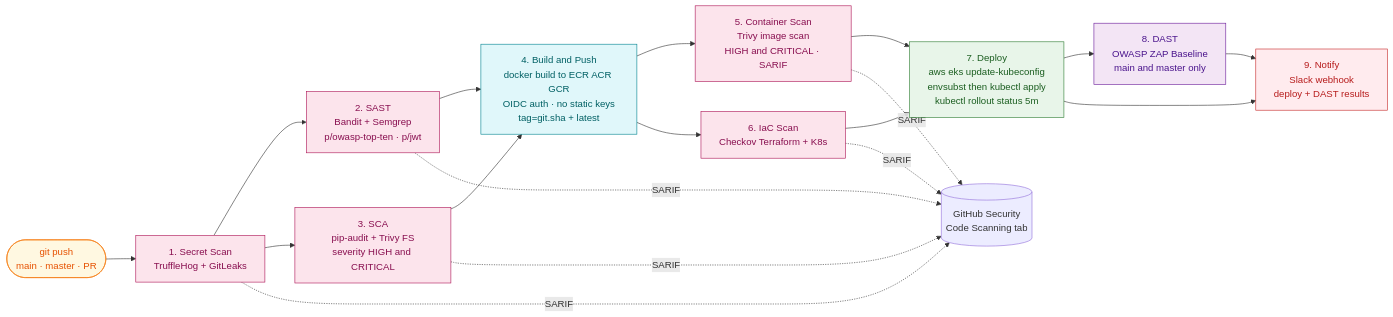
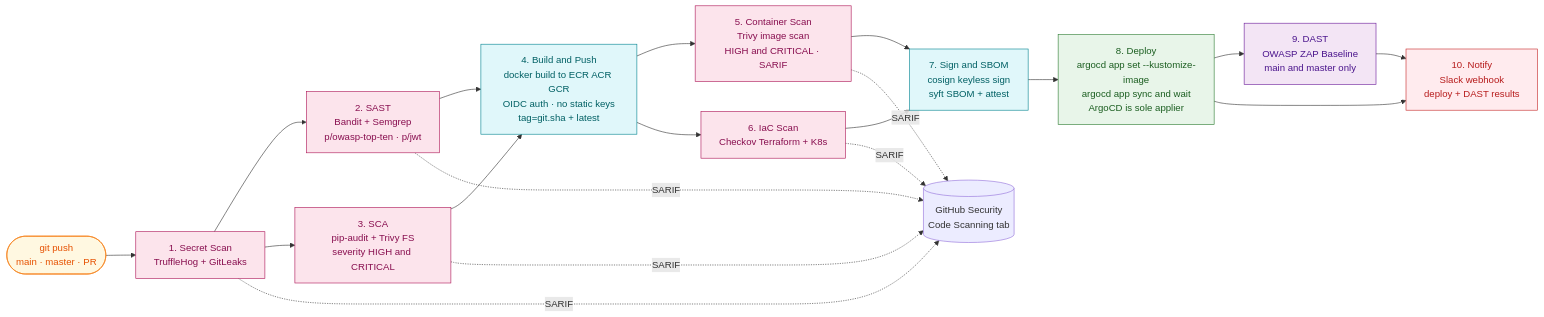
One commit to skondla/fastAPIWebApp changed diagram 11 of 14 in README.md. Above: the diagram before and after it, drawn with Mermaid. The commit also changed other lines of this file and 11 other files, not shown here.

````diff
--- a/README.md
+++ b/README.md
@@ -960,45 +981,48 @@
 ```mermaid
 flowchart LR
     classDef trigger fill:#FFF8E1,stroke:#F57F17,color:#E65100
     classDef sec fill:#FCE4EC,stroke:#AD1457,color:#880E4F
     classDef build fill:#E0F7FA,stroke:#00838F,color:#006064
     classDef deploy fill:#E8F5E9,stroke:#2E7D32,color:#1B5E20
     classDef dast fill:#F3E5F5,stroke:#6A1B9A,color:#4A148C
     classDef notify fill:#FFEBEE,stroke:#C62828,color:#B71C1C
 
     PUSH(["git push<br/>main · master · PR"]):::trigger
 
     PUSH --> S1
     S1["1. Secret Scan<br/>TruffleHog + GitLeaks"]:::sec
     S1 --> S2
     S1 --> S3
     S2["2. SAST<br/>Bandit + Semgrep<br/>p/owasp-top-ten · p/jwt"]:::sec
     S3["3. SCA<br/>pip-audit + Trivy FS<br/>severity HIGH and CRITICAL"]:::sec
 
     S2 --> S4
     S3 --> S4
     S4["4. Build and Push<br/>docker build to ECR ACR GCR<br/>OIDC auth · no static keys<br/>tag=git.sha + latest"]:::build
 
     S4 --> S5
     S4 --> S6
     S5["5. Container Scan<br/>Trivy image scan<br/>HIGH and CRITICAL · SARIF"]:::sec
     S6["6. IaC Scan<br/>Checkov Terraform + K8s"]:::sec
 
     S5 --> S7
     S6 --> S7
-    S7["7. Deploy<br/>aws eks update-kubeconfig<br/>envsubst then kubectl apply<br/>kubectl rollout status 5m"]:::deploy
+    S7["7. Sign and SBOM<br/>cosign keyless sign<br/>syft SBOM + attest"]:::build
 
     S7 --> S8
-    S8["8. DAST<br/>OWASP ZAP Baseline<br/>main and master only"]:::dast
+    S8["8. Deploy<br/>argocd app set --kustomize-image<br/>argocd app sync and wait<br/>ArgoCD is sole applier"]:::deploy
 
-    S7 --> S9
     S8 --> S9
-    S9["9. Notify<br/>Slack webhook<br/>deploy + DAST results"]:::notify
+    S9["9. DAST<br/>OWASP ZAP Baseline<br/>main and master only"]:::dast
+
+    S8 --> S10
+    S9 --> S10
+    S10["10. Notify<br/>Slack webhook<br/>deploy + DAST results"]:::notify
 
     GHSEC[("GitHub Security<br/>Code Scanning tab")]
     S1 -.->|"SARIF"| GHSEC
     S2 -.->|"SARIF"| GHSEC
     S3 -.->|"SARIF"| GHSEC
     S5 -.->|"SARIF"| GHSEC
     S6 -.->|"SARIF"| GHSEC
 ```
````
